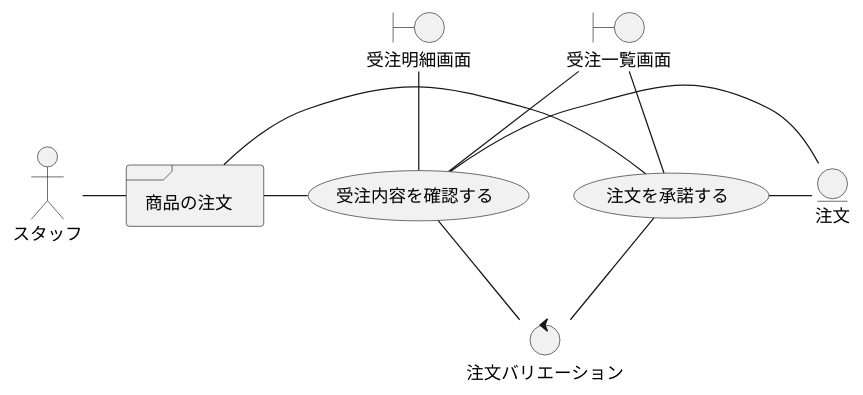
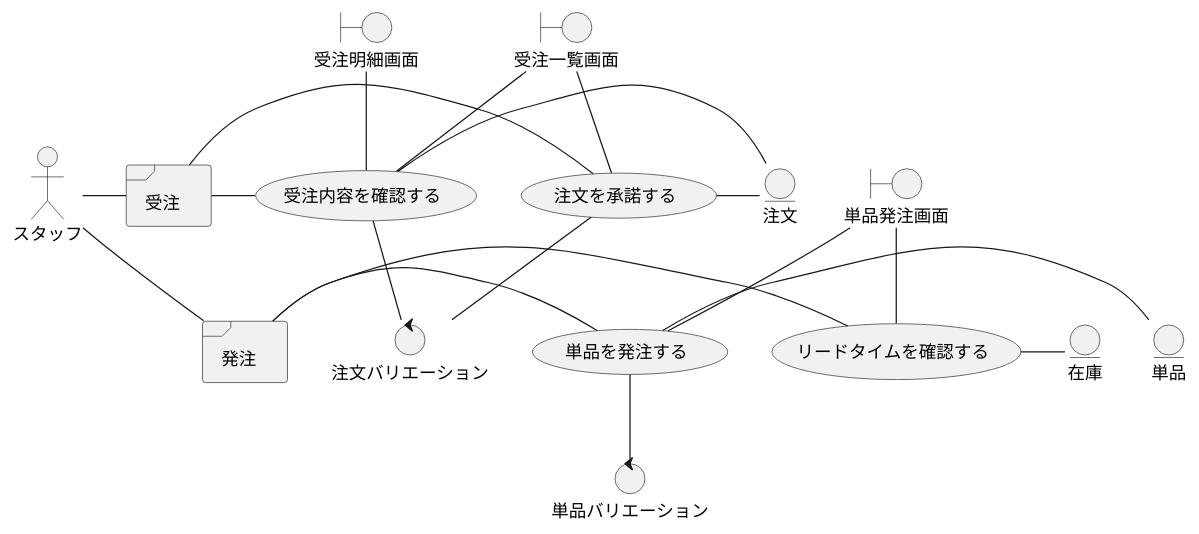
Before and after one commit to k2works/application_programing_excercise_2022: diagram 23 of 38 in docs/index.adoc, drawn with PlantUML. The commit also changed other lines of this file, not shown here.

Commit message:
docs: ユースケース複合図

```diff
--- a/docs/index.adoc
+++ b/docs/index.adoc
@@ -755,23 +784,38 @@
 [plantuml]
 ----
 @startuml
 actor "スタッフ" as ac_01
-frame "商品の注文" as f01
+frame "受注" as f01
+frame "発注" as f02
 usecase "受注内容を確認する" as UC1
 usecase "注文を承諾する" as UC2
+usecase "単品を発注する" as UC3
+usecase "リードタイムを確認する" as UC4
 boundary "受注一覧画面" as b01
 boundary "受注明細画面" as b02
+boundary "単品発注画面" as b03
 entity "注文" as e01
+entity "在庫" as e02
+entity "単品" as e03
 control "注文バリエーション" as c01
+control "単品バリエーション" as c02
 
 ac_01 - f01
+ac_01 -- f02
 f01 - UC1
 f01 - UC2
+f02 - UC3
+f02 - UC4
 b01 -- UC1
 b02-- UC1
 b01 -- UC2
+b03 -- UC3
+b03 -- UC4
 UC1 - e01
 UC2 - e01
+UC3 - e03
+UC4 - e02
 UC1 -- c01
 UC2 -- c01
+UC3 -- c02
 ----
```
